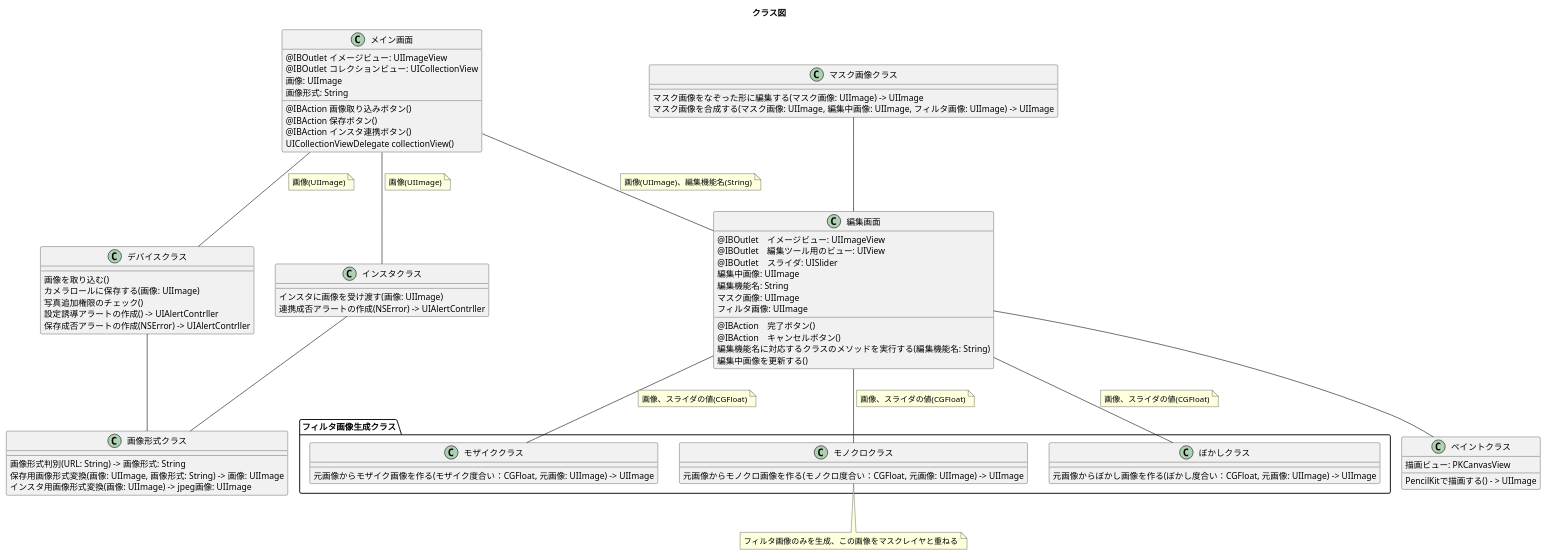
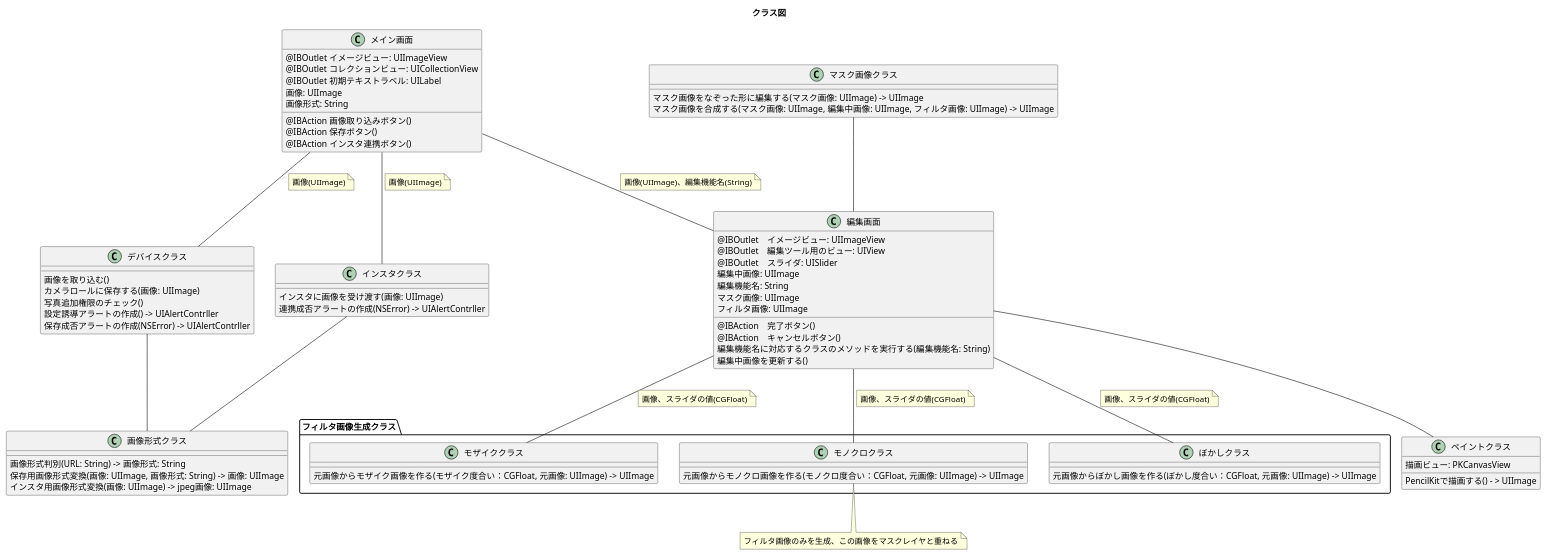
One commit to saganoH/InstaExt changed the diagram in InstaExt/docs/クラス図.plantuml. Above: the diagram before and after it, drawn with PlantUML.

Commit message:
[task] card_144 写真取り込み機能実装
* クラス図にUILabel追加

```diff
--- a/InstaExt/docs/クラス図.plantuml
+++ b/InstaExt/docs/クラス図.plantuml
@@ -1,112 +1,112 @@
 @startuml
 title "クラス図"
 
 class  メイン画面{
 @IBOutlet イメージビュー: UIImageView
 @IBOutlet コレクションビュー: UICollectionView
+@IBOutlet 初期テキストラベル: UILabel
 画像: UIImage
 画像形式: String
 @IBAction 画像取り込みボタン()
 @IBAction 保存ボタン()
 @IBAction インスタ連携ボタン()
-UICollectionViewDelegate collectionView()
 }
 
 class  編集画面{
 @IBOutlet　イメージビュー: UIImageView
 @IBOutlet　編集ツール用のビュー: UIView
 @IBOutlet　スライダ: UISlider
 編集中画像: UIImage
 編集機能名: String
 マスク画像: UIImage
 フィルタ画像: UIImage
 @IBAction　完了ボタン()
 @IBAction　キャンセルボタン()
 編集機能名に対応するクラスのメソッドを実行する(編集機能名: String)
 編集中画像を更新する()
 }
 
 class マスク画像クラス{
 マスク画像をなぞった形に編集する(マスク画像: UIImage) -> UIImage
 マスク画像を合成する(マスク画像: UIImage, 編集中画像: UIImage, フィルタ画像: UIImage) -> UIImage
 }
 
 class デバイスクラス{
 画像を取り込む()
 カメラロールに保存する(画像: UIImage)
 写真追加権限のチェック()
 設定誘導アラートの作成() -> UIAlertContrller
 保存成否アラートの作成(NSError) -> UIAlertContrller
 }
 
 class インスタクラス{
 インスタに画像を受け渡す(画像: UIImage)
 連携成否アラートの作成(NSError) -> UIAlertContrller
 }
 
 class 画像形式クラス{
 画像形式判別(URL: String) -> 画像形式: String
 保存用画像形式変換(画像: UIImage, 画像形式: String) -> 画像: UIImage
 インスタ用画像形式変換(画像: UIImage) -> jpeg画像: UIImage
 }
 
 package フィルタ画像生成クラス {
 class ぼかしクラス{
 元画像からぼかし画像を作る(ぼかし度合い：CGFloat, 元画像: UIImage) -> UIImage
 }
 
 class モザイククラス{
 元画像からモザイク画像を作る(モザイク度合い：CGFloat, 元画像: UIImage) -> UIImage
 }
 
 class モノクロクラス{
 元画像からモノクロ画像を作る(モノクロ度合い：CGFloat, 元画像: UIImage) -> UIImage
 }
 }
 note bottom
   フィルタ画像のみを生成、この画像をマスクレイヤと重ねる
 end note
 
 
 class ペイントクラス{
 描画ビュー: PKCanvasView
 PencilKitで描画する() - > UIImage
 }
 
 メイン画面--編集画面
 note left on link
   画像(UIImage)、編集機能名(String)
 end note
 
 メイン画面--デバイスクラス
 note left on link
   画像(UIImage)
 end note
 
 メイン画面--インスタクラス
 note left on link
   画像(UIImage)
 end note
 
 デバイスクラス--画像形式クラス
 インスタクラス--画像形式クラス
 
 マスク画像クラス--編集画面
 
 編集画面--ぼかしクラス
 note left on link
   画像、スライダの値(CGFloat)
 end note
 
 編集画面--モザイククラス
 note left on link
   画像、スライダの値(CGFloat)
 end note
 
 編集画面--モノクロクラス
 note left on link
   画像、スライダの値(CGFloat)
 end note
 
 編集画面--ペイントクラス
 @enduml
```
